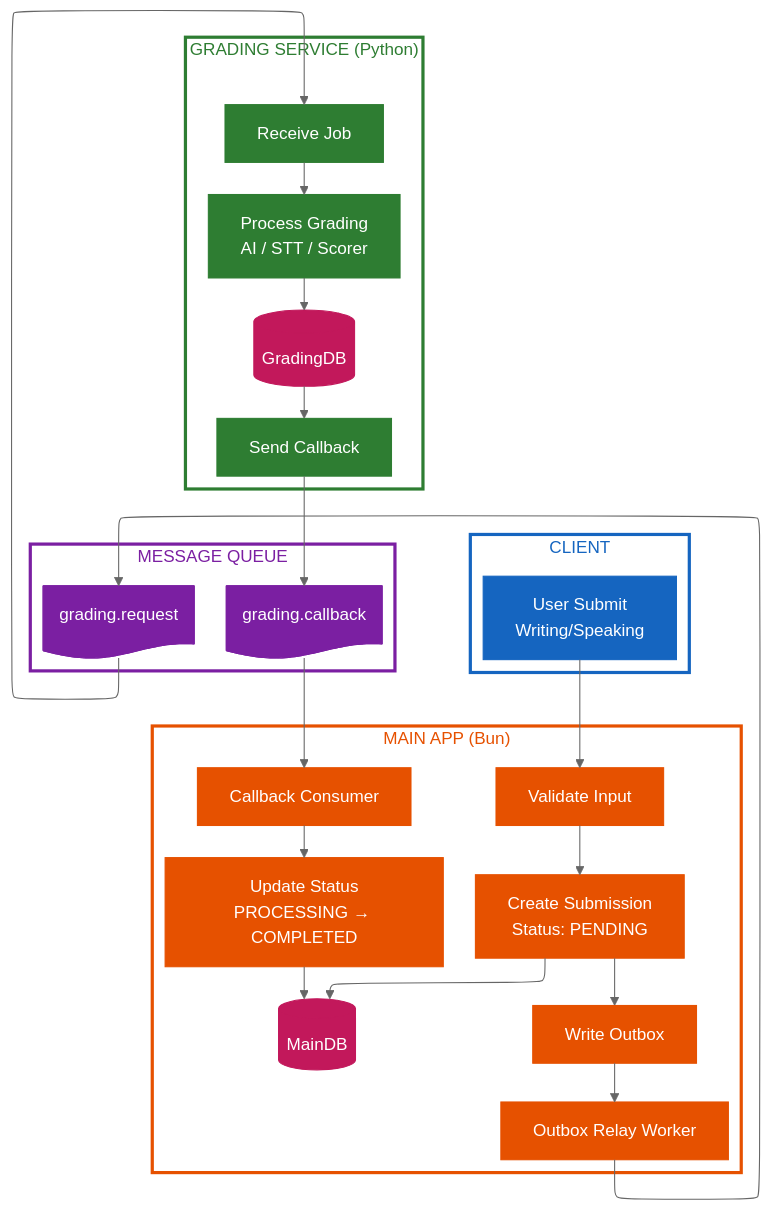
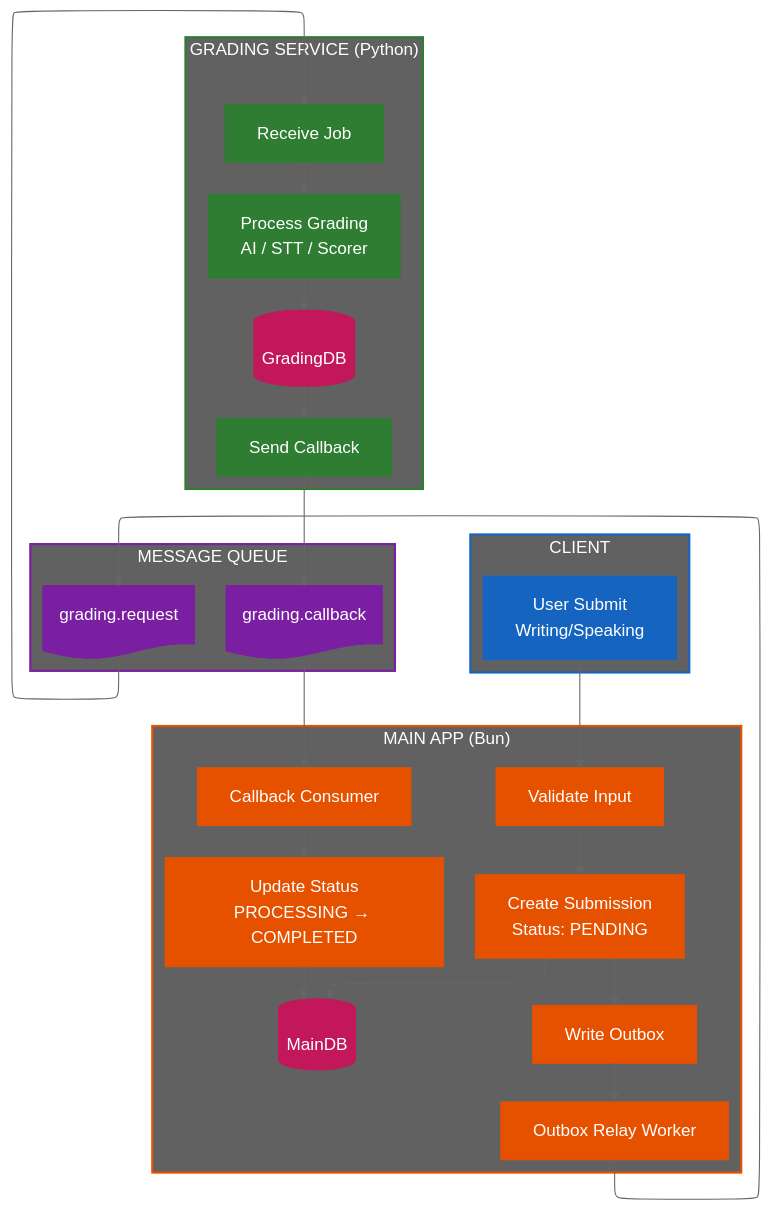
The second of 12 diagrams in docs/capstone/diagrams/flow-diagrams.vi.md (nghyane/VSTEP), drawn with Mermaid (neutral theme) before and after one commit. The commit also changed other lines of this file, not shown here.

````diff
--- a/docs/capstone/diagrams/flow-diagrams.vi.md
+++ b/docs/capstone/diagrams/flow-diagrams.vi.md
@@ -95,64 +95,64 @@
 ```mermaid
 ---
 config:
   layout: elk
 ---
 flowchart TB
     subgraph Client["CLIENT"]
         User["User Submit\nWriting/Speaking"]
     end
 
     subgraph Bun["MAIN APP (Bun)"]
         direction TB
         Validate["Validate Input"]
         CreateSub["Create Submission\nStatus: PENDING"]
         SaveDB[("MainDB")]
         WriteOutbox["Write Outbox"]
         Relay["Outbox Relay Worker"]
         Consume["Callback Consumer"]
         UpdateStatus["Update Status\nPROCESSING → COMPLETED"]
     end
 
     subgraph Queue["MESSAGE QUEUE"]
         ReqQueue@{ shape: doc, label: "grading.request" }
         CbQueue@{ shape: doc, label: "grading.callback" }
     end
 
     subgraph Python["GRADING SERVICE (Python)"]
         direction TB
         Receive["Receive Job"]
         Process["Process Grading\nAI / STT / Scorer"]
         SaveGrade[("GradingDB")]
         SendCb["Send Callback"]
     end
 
     User --> Validate --> CreateSub --> SaveDB
     CreateSub --> WriteOutbox
     WriteOutbox --> Relay --> ReqQueue --> Receive
     Receive --> Process --> SaveGrade --> SendCb --> CbQueue --> Consume
     Consume --> UpdateStatus --> SaveDB
 
     %% Nodes
     classDef client fill:#1565c0,stroke:#1565c0,color:#fff
     classDef bun fill:#e65100,stroke:#e65100,color:#fff
     classDef queue fill:#7b1fa2,stroke:#7b1fa2,color:#fff
     classDef python fill:#2e7d32,stroke:#2e7d32,color:#fff
     classDef db fill:#c2185b,stroke:#c2185b,color:#fff
 
     %% Boxes - transparent with thick colored border
-    classDef clientBox fill:none,stroke:#1565c0,stroke-width:3px,color:#1565c0
-    classDef bunBox fill:none,stroke:#e65100,stroke-width:3px,color:#e65100
-    classDef queueBox fill:none,stroke:#7b1fa2,stroke-width:3px,color:#7b1fa2
-    classDef pythonBox fill:none,stroke:#2e7d32,stroke-width:3px,color:#2e7d32
+    classDef clientBox fill:#616161,stroke:#1565c0,stroke-width:2px,color:#fff
+    classDef bunBox fill:#616161,stroke:#e65100,stroke-width:2px,color:#fff
+    classDef queueBox fill:#616161,stroke:#7b1fa2,stroke-width:2px,color:#fff
+    classDef pythonBox fill:#616161,stroke:#2e7d32,stroke-width:2px,color:#fff
 
     class Client clientBox
     class Bun bunBox
     class Queue queueBox
     class Python pythonBox
 
     class User client
     class Validate,CreateSub,WriteOutbox,Relay,Consume,UpdateStatus bun
     class ReqQueue,CbQueue queue
     class Receive,Process,SendCb python
     class SaveDB,SaveGrade db
 ```
````
